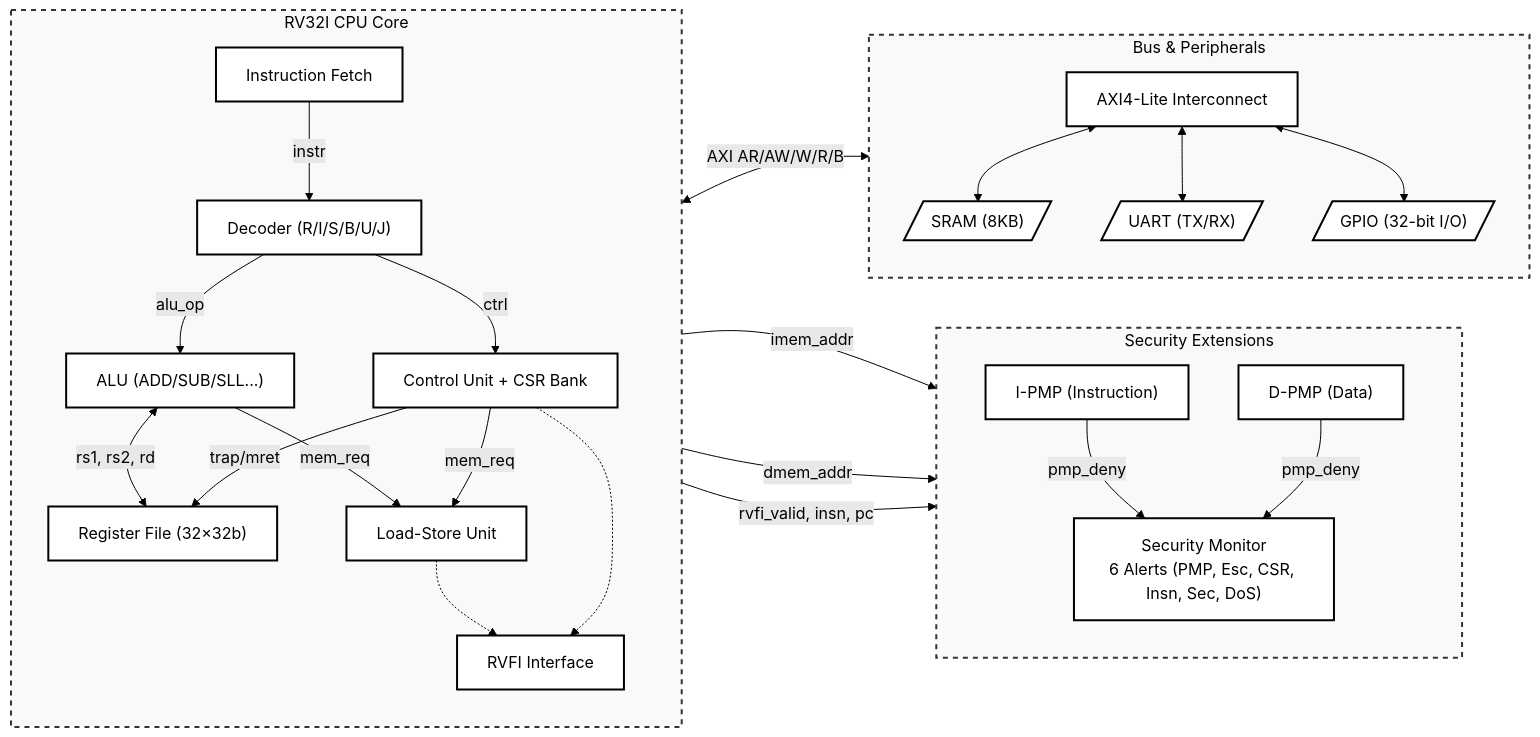
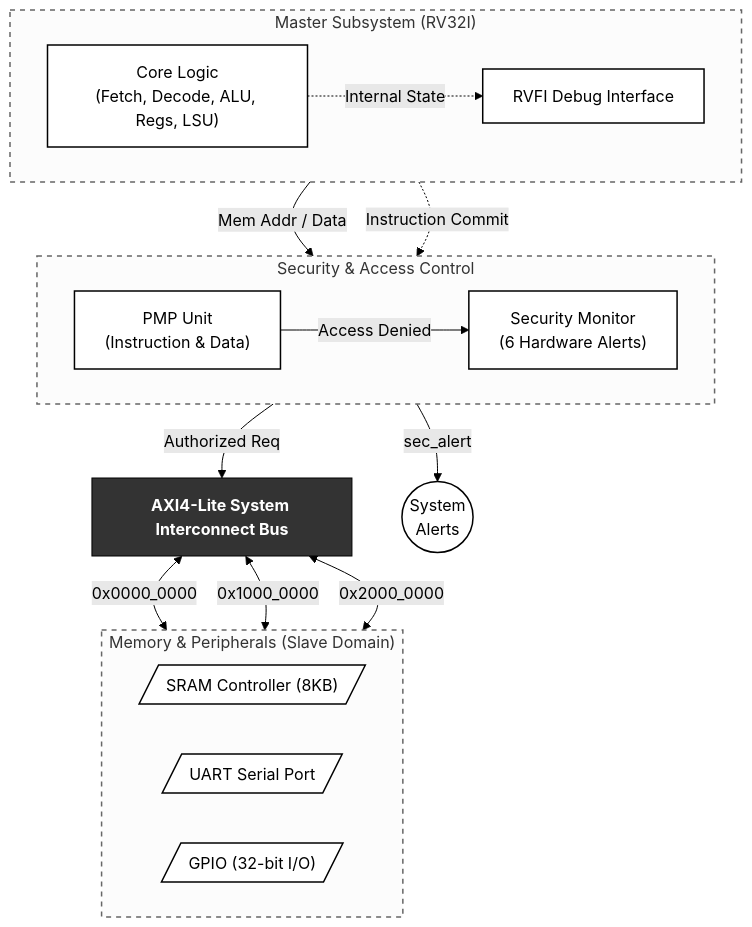
The first of 2 diagrams in README.md (anujgite10-10/rl-driven-security-verification-riscv-soc), drawn with Mermaid (forest theme) before and after one commit.

Commit message:
Update SoC block diagram to top-down Master/Slave hardware layout

````diff
--- a/README.md
+++ b/README.md
@@ -76,55 +76,47 @@
 ```mermaid
-flowchart LR
-    classDef default fill:#fff,stroke:#000,stroke-width:2px,color:#000
-    classDef group fill:#f9f9f9,stroke:#333,stroke-width:2px,stroke-dasharray: 5 5,color:#000
+flowchart TD
+    classDef default fill:#fff,stroke:#000,stroke-width:1.5px,color:#000
+    classDef bus fill:#333,stroke:#000,stroke-width:1px,color:#fff,font-weight:bold
+    classDef subsystem fill:#fcfcfc,stroke:#666,stroke-width:1.5px,stroke-dasharray: 5 5
 
-    subgraph Core ["RV32I CPU Core"]
-        direction TB
-        Fetch["Instruction Fetch"]
-        Decode["Decoder (R/I/S/B/U/J)"]
-        Ctrl["Control Unit + CSR Bank"]
-        ALU["ALU (ADD/SUB/SLL...)"]
-        Regs["Register File (32×32b)"]
-        LSU["Load-Store Unit"]
-        RVFI["RVFI Interface"]
-
-        Fetch -->|instr| Decode
-        Decode -->|alu_op| ALU
-        Decode -->|ctrl| Ctrl
-        ALU <-->|rs1, rs2, rd| Regs
-        Ctrl -->|trap/mret| Regs
-        ALU -->|mem_req| LSU
-        Ctrl -->|mem_req| LSU
-        LSU -.-> RVFI
-        Ctrl -.-> RVFI
+    %% Master Devices
+    subgraph Master ["Master Subsystem (RV32I)"]
+        direction LR
+        CPU["Core Logic<br>(Fetch, Decode, ALU, Regs, LSU)"]
+        RVFI["RVFI Debug Interface"]
+        CPU -.->|Internal State| RVFI
     end
 
-    subgraph Sec ["Security Extensions"]
-        direction TB
-        IPMP["I-PMP (Instruction)"]
-        DPMP["D-PMP (Data)"]
-        Monitor["Security Monitor<br>6 Alerts (PMP, Esc, CSR, Insn, Sec, DoS)"]
-
-        IPMP -->|pmp_deny| Monitor
-        DPMP -->|pmp_deny| Monitor
+    %% Security & Access Control
+    subgraph Security ["Security & Access Control"]
+        direction LR
+        PMP["PMP Unit<br>(Instruction & Data)"]
+        SecMon["Security Monitor<br>(6 Hardware Alerts)"]
+        PMP -->|Access Denied| SecMon
     end
 
-    subgraph BusPeriph ["Bus & Peripherals"]
-        direction TB
-        AXI["AXI4-Lite Interconnect"]
-        SRAM[/"SRAM (8KB)"/]
-        UART[/"UART (TX/RX)"/]
+    %% Central Bus
+    AXI["AXI4-Lite System Interconnect Bus"]:::bus
+
+    %% Slave Devices
+    subgraph Slaves ["Memory & Peripherals (Slave Domain)"]
+        direction LR
+        SRAM[/"SRAM Controller (8KB)"/]
+        UART[/"UART Serial Port"/]
         GPIO[/"GPIO (32-bit I/O)"/]
-
-        AXI <--> SRAM
-        AXI <--> UART
-        AXI <--> GPIO
     end
 
-    Fetch -->|imem_addr| IPMP
-    LSU -->|dmem_addr| DPMP
-    LSU <-->|AXI AR/AW/W/R/B| AXI
-    RVFI -->|rvfi_valid, insn, pc| Monitor
+    %% Data flow routing
+    CPU -->|Mem Addr / Data| PMP
+    PMP -->|Authorized Req| AXI
+    RVFI -.->|Instruction Commit| SecMon
+    
+    AXI <-->|0x0000_0000| SRAM
+    AXI <-->|0x1000_0000| UART
+    AXI <-->|0x2000_0000| GPIO
 
-    class Core,Sec,BusPeriph group
+    %% Alerts out
+    SecMon -->|sec_alert| Alerts((System<br>Alerts))
+
+    class Master,Security,Slaves subsystem
 ```
````
